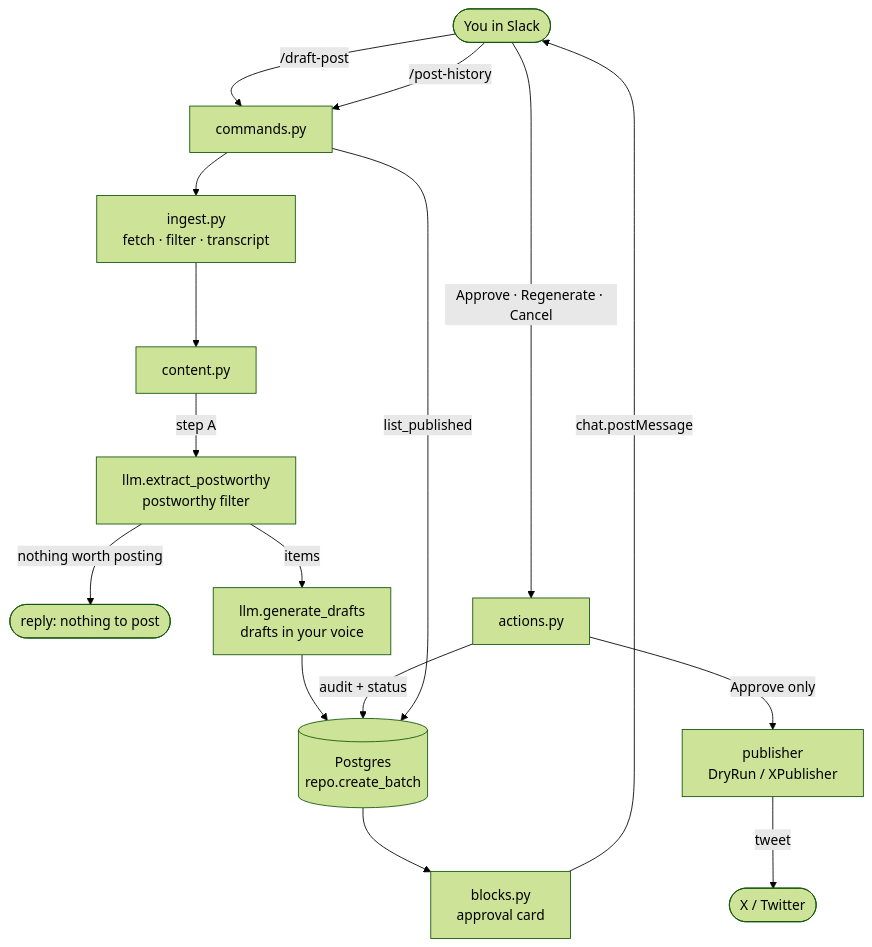
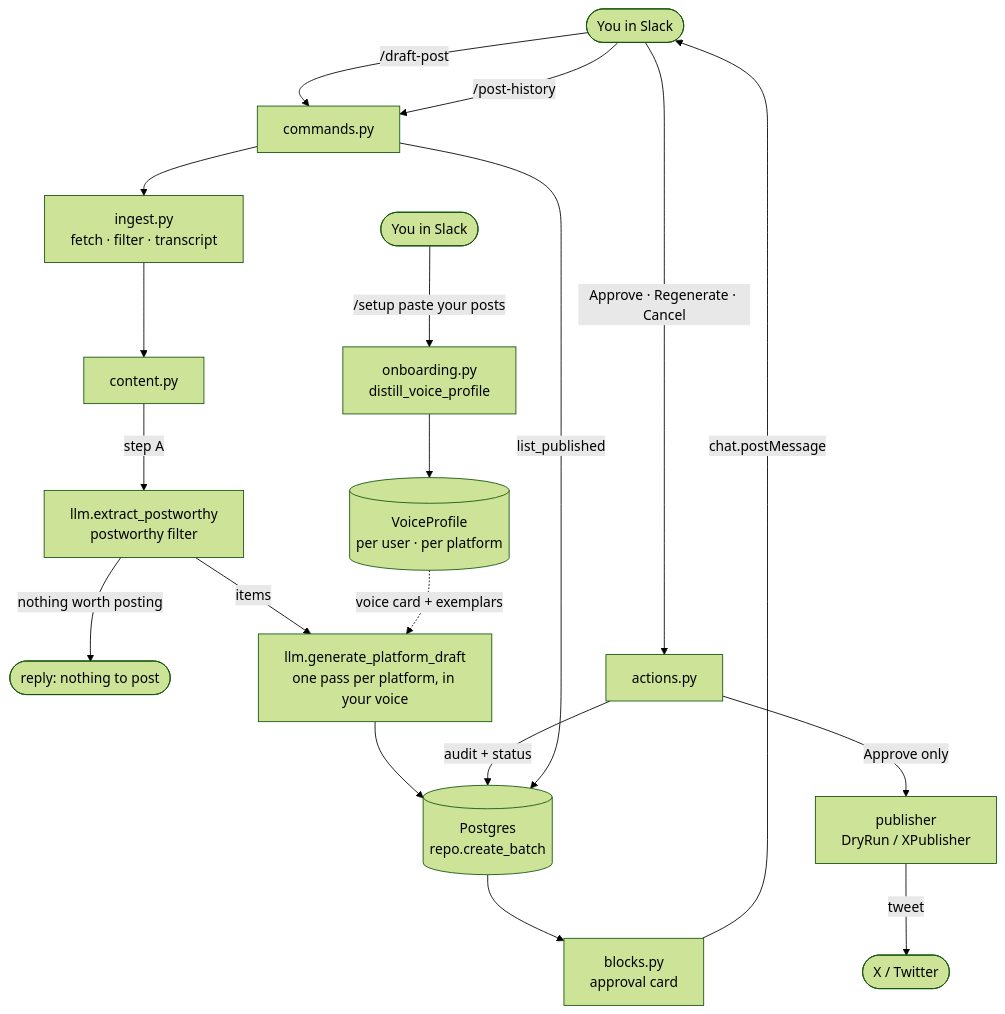
One commit to omsherikar/Ghostwyre changed the diagram in README.md. Above: the diagram before and after it, drawn with Mermaid (forest theme). The commit also changed other lines of this file and 3 other files, not shown here.

Commit message:
v2.0 Unit 8: docs — /setup onboarding, voice.md as seed/fallback, VOICE_EXEMPLAR_COUNT

````diff
--- a/README.md
+++ b/README.md
@@ -23,18 +25,21 @@
 ```mermaid
 flowchart TD
     U([You in Slack]) -->|/draft-post| CMD[commands.py]
     CMD --> ING[ingest.py<br/>fetch · filter · transcript]
     ING --> CON[content.py]
     CON -->|step A| EX[llm.extract_postworthy<br/>postworthy filter]
     EX -->|nothing worth posting| STOP([reply: nothing to post])
-    EX -->|items| GEN[llm.generate_drafts<br/>drafts in your voice]
+    EX -->|items| GEN[llm.generate_platform_draft<br/>one pass per platform, in your voice]
+    VP[(VoiceProfile<br/>per user · per platform)] -.voice card + exemplars.-> GEN
+    SET([You in Slack]) -->|/setup paste your posts| ONB[onboarding.py<br/>distill_voice_profile]
+    ONB --> VP
     GEN --> DB[(Postgres<br/>repo.create_batch)]
     DB --> CARD[blocks.py<br/>approval card]
     CARD -->|chat.postMessage| U
     U -->|Approve · Regenerate · Cancel| ACT[actions.py]
     ACT -->|Approve only| PUB[publisher<br/>DryRun / XPublisher]
     PUB -->|tweet| X([X / Twitter])
     ACT -->|audit + status| DB
     U -->|/post-history| CMD
     CMD -->|list_published| DB
 ```
````
